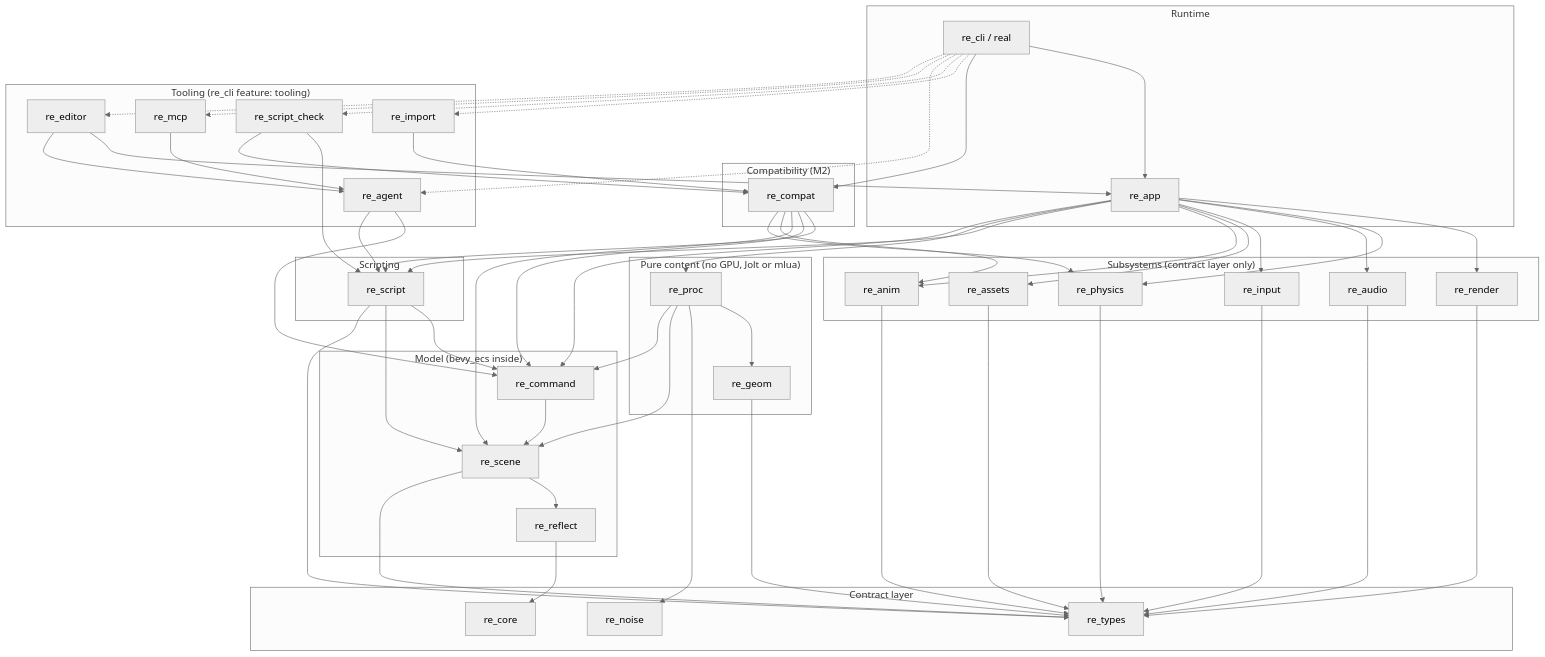
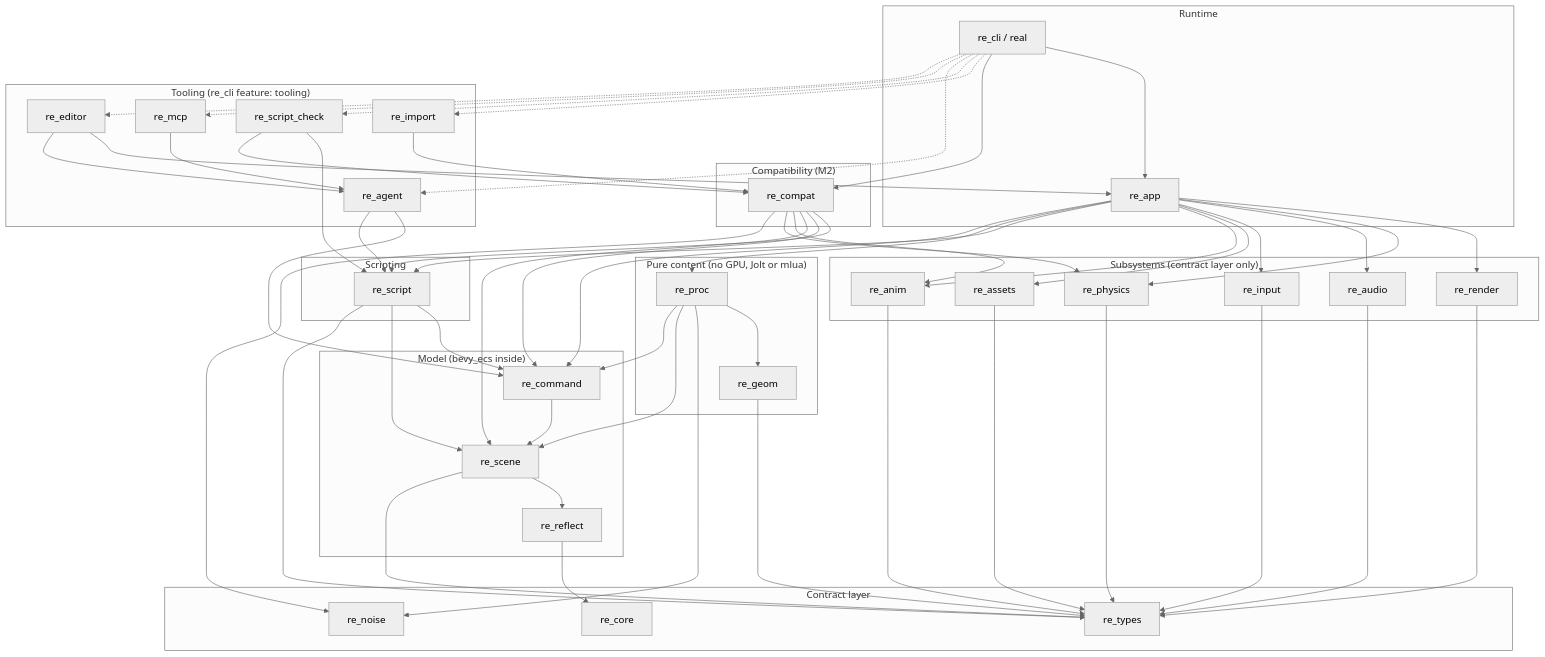
The diagram in docs/ARCHITECTURE.md (dullyontop/real-engine), drawn with Mermaid (neutral theme) before and after one commit. The commit also changed other lines of this file and 5 other files, not shown here.

````diff
--- a/docs/ARCHITECTURE.md
+++ b/docs/ARCHITECTURE.md
@@ -31,76 +31,77 @@
 ```mermaid
 graph TD
   subgraph "Contract layer"
     core[re_core]
     types[re_types]
     noise[re_noise]
   end
 
   subgraph "Model (bevy_ecs inside)"
     reflect[re_reflect] --> core
     scene[re_scene] --> reflect
     scene --> types
     command[re_command] --> scene
   end
 
   subgraph "Pure content (no GPU, Jolt or mlua)"
     geom[re_geom] --> types
     proc[re_proc] --> geom
     proc --> noise
     proc --> scene
     proc --> command
   end
 
   subgraph "Subsystems (contract layer only)"
     render[re_render] --> types
     physics[re_physics] --> types
     audio[re_audio] --> types
     input[re_input] --> types
     assets[re_assets] --> types
     anim[re_anim] --> types
   end
 
   subgraph Scripting
     script[re_script] --> command
     script --> scene
     script --> types
   end
 
   subgraph Runtime
     app[re_app] --> render
     app --> physics
     app --> audio
     app --> input
     app --> assets
     app --> anim
     app --> script
     app --> proc
     app --> command
     cli[re_cli / real] --> app
   end
 
   subgraph "Compatibility (M2)"
     compat[re_compat] --> script
     compat --> command
     compat --> scene
     compat --> anim
     compat --> physics
+    compat --> noise
     cli --> compat
   end
 
   subgraph "Tooling (re_cli feature: tooling)"
     check[re_script_check] --> script
     check --> compat
     import[re_import] --> compat
     cli -.-> import
     agent[re_agent] --> command
     agent --> script
     mcp[re_mcp] --> agent
     editor[re_editor] --> app
     editor --> agent
     cli -.-> check
     cli -.-> agent
     cli -.-> mcp
     cli -.-> editor
   end
 ```
````
